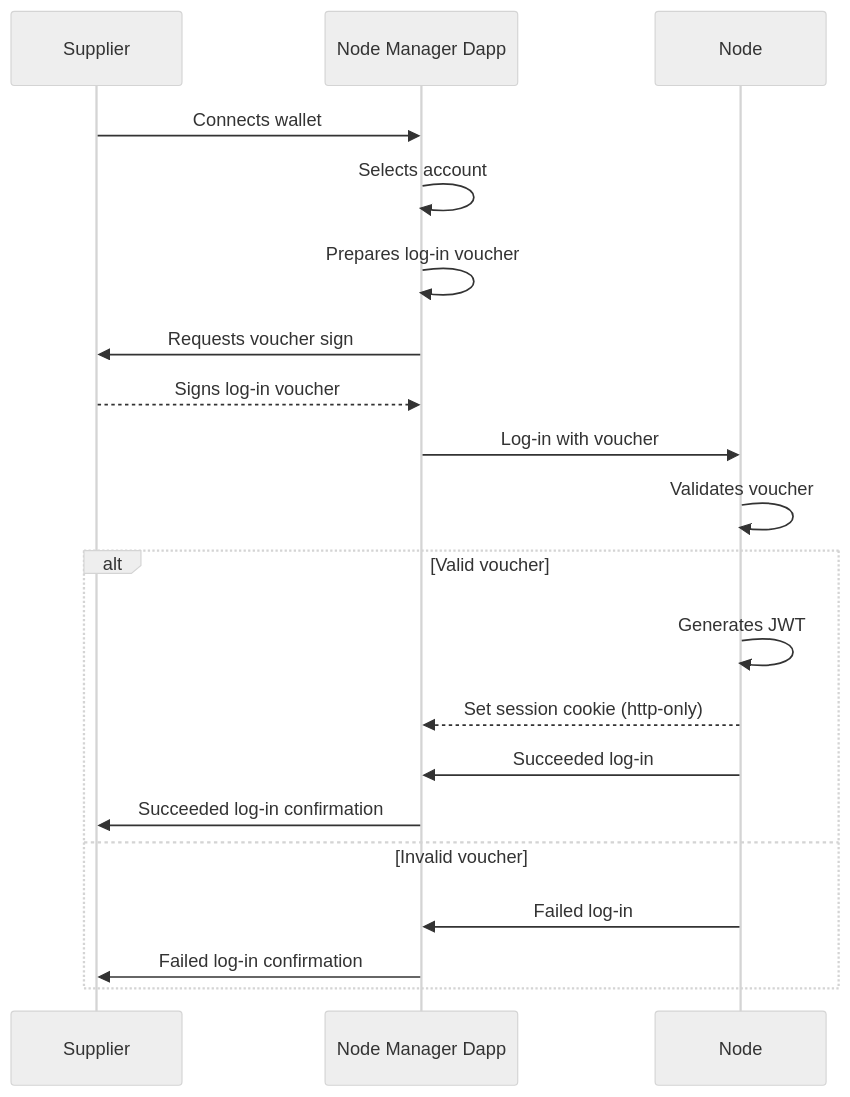
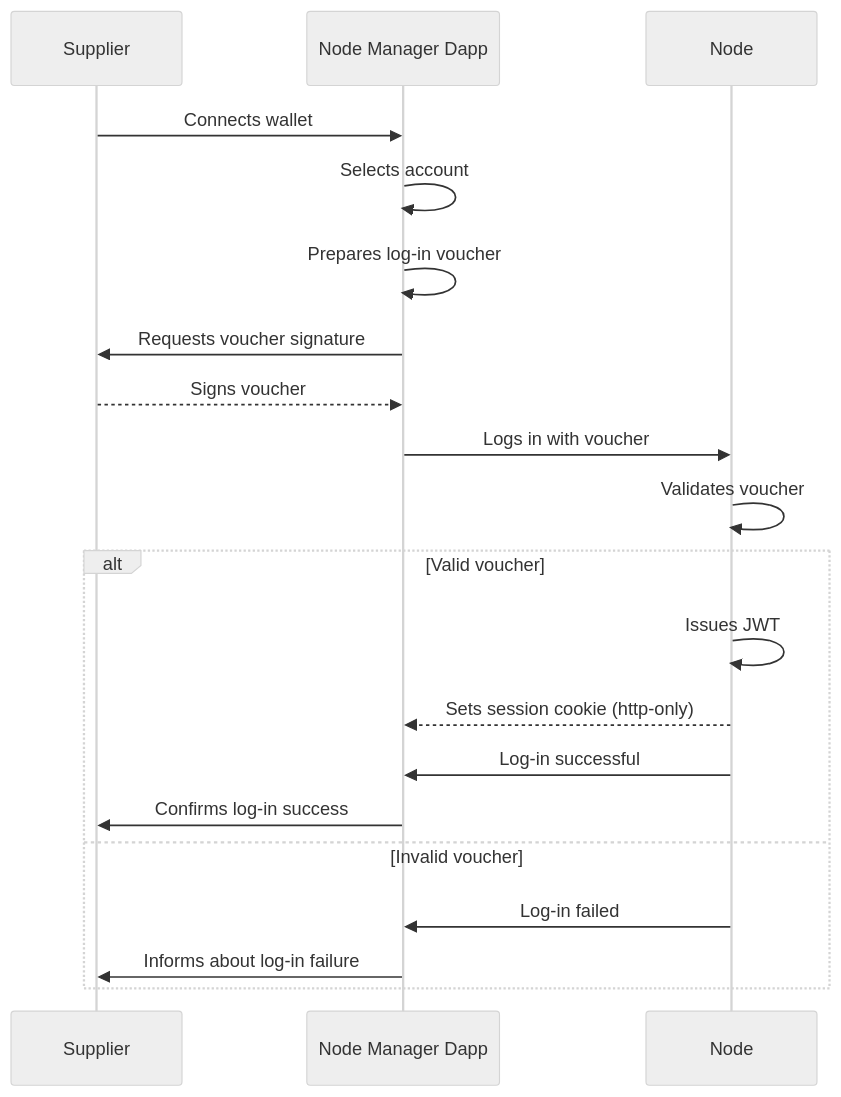
The fourth of 14 diagrams in docs/architecture.md (windingtree/mvp), drawn with Mermaid (neutral theme) before and after one commit. The commit also changed other lines of this file and 1 other file, not shown here.

Commit message:
docs: ✏️ Added the MVP architecture document

````diff
--- a/docs/architecture.md
+++ b/docs/architecture.md
@@ -163,24 +154,24 @@
 ```mermaid
 sequenceDiagram
   participant supplier as Supplier
   participant manager as Node Manager Dapp
   participant node as Node
 
   supplier->>manager: Connects wallet
   manager->>manager: Selects account
   manager->>manager: Prepares log-in voucher
-  manager->>supplier: Requests voucher sign
-  supplier-->>manager: Signs log-in voucher
-  manager->>node: Log-in with voucher
+  manager->>supplier: Requests voucher signature
+  supplier-->>manager: Signs voucher
+  manager->>node: Logs in with voucher
   node->>node: Validates voucher
 
   alt Valid voucher
-    node->>node: Generates JWT
-    node-->>manager: Set session cookie (http-only)
-    node->>manager: Succeeded log-in
-    manager->>supplier: Succeeded log-in confirmation
+    node->>node: Issues JWT
+    node-->>manager: Sets session cookie (http-only)
+    node->>manager: Log-in successful
+    manager->>supplier: Confirms log-in success
   else Invalid voucher
-    node->>manager: Failed log-in
-    manager->>supplier: Failed log-in confirmation
+    node->>manager: Log-in failed
+    manager->>supplier: Informs about log-in failure
   end
 ```
````
